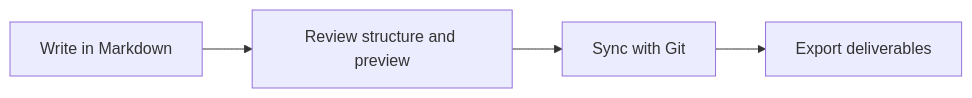
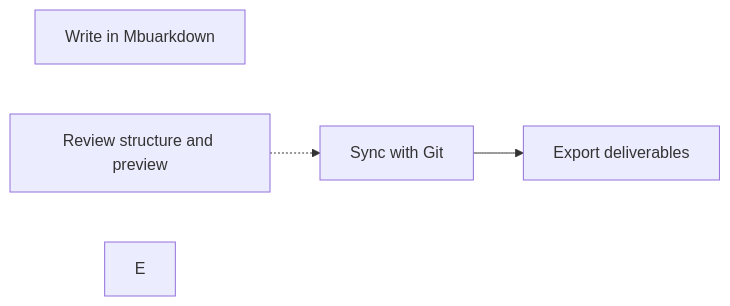
The diagram in blocks/00-capabilities-index.md (NikkiAsteinza/nima-editor-samples), drawn with Mermaid before and after one commit. The commit also changed other lines of this file and 15 other files, not shown here.

````diff
--- a/blocks/00-capabilities-index.md
+++ b/blocks/00-capabilities-index.md
@@ -34,6 +35,11 @@
 ```mermaid
 flowchart LR
-    A[Write in Markdown] --> B[Review structure and preview]
-    B --> C[Sync with Git]
-    C --> D[Export deliverables]
+    accTitle: Test Diagram
+    A[Write in Mbuarkdown]
+    B[Review structure and preview]
+    C[Sync with Git]
+    D[Export deliverables]
+    E[E]
+    B -.-> C
+    C --> D
 ```
````
